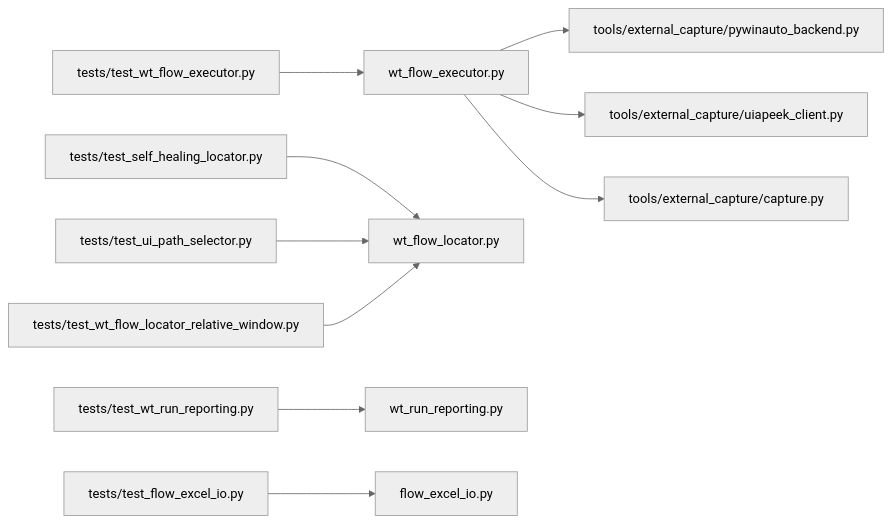
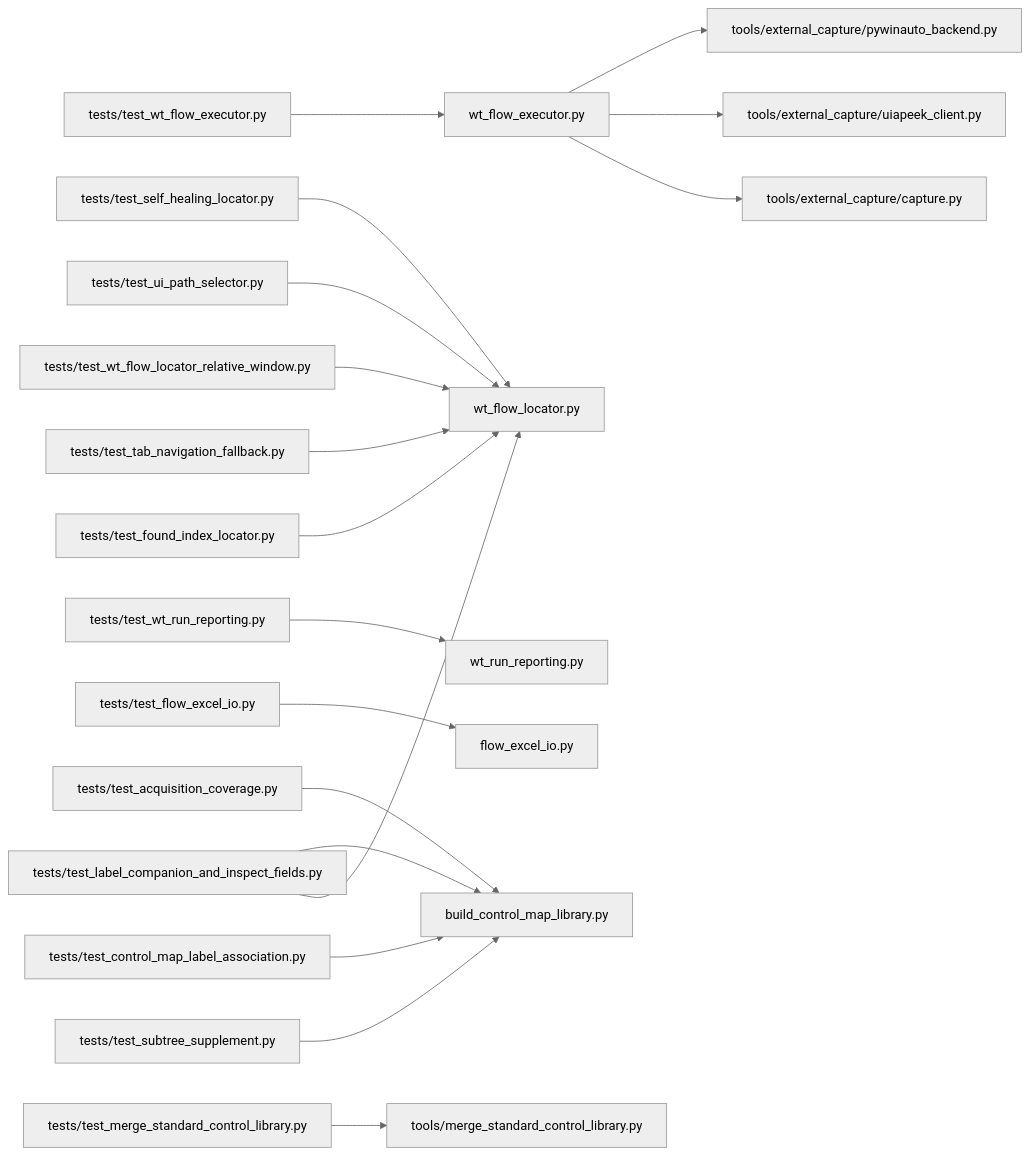
Before and after one commit to hanago33/WT_Automation: the third of 3 diagrams in .qoder/repowiki/zh/content/开发指南/测试编写指南/测试编写指南.md, drawn with Mermaid (neutral theme). The commit also changed other lines of this file and 247 other files, not shown here.

````diff
--- a/.qoder/repowiki/zh/content/开发指南/测试编写指南/测试编写指南.md
+++ b/.qoder/repowiki/zh/content/开发指南/测试编写指南/测试编写指南.md
@@ -338,12 +491,20 @@
 ```mermaid
 graph LR
 A["tests/test_wt_flow_executor.py"] --> B["wt_flow_executor.py"]
 C["tests/test_self_healing_locator.py"] --> D["wt_flow_locator.py"]
 E["tests/test_ui_path_selector.py"] --> D
 F["tests/test_wt_flow_locator_relative_window.py"] --> D
 G["tests/test_wt_run_reporting.py"] --> H["wt_run_reporting.py"]
 I["tests/test_flow_excel_io.py"] --> J["flow_excel_io.py"]
-B --> K["tools/external_capture/pywinauto_backend.py"]
-B --> L["tools/external_capture/uiapeek_client.py"]
-B --> M["tools/external_capture/capture.py"]
+K["tests/test_acquisition_coverage.py"] --> K2["build_control_map_library.py"]
+L["tests/test_control_map_label_association.py"] --> K2
+M["tests/test_merge_standard_control_library.py"] --> N["tools/merge_standard_control_library.py"]
+O["tests/test_subtree_supplement.py"] --> K2
+P["tests/test_tab_navigation_fallback.py"] --> D
+Q["tests/test_found_index_locator.py"] --> D
+R["tests/test_label_companion_and_inspect_fields.py"] --> K2
+R --> D
+B --> S["tools/external_capture/pywinauto_backend.py"]
+B --> T["tools/external_capture/uiapeek_client.py"]
+B --> U["tools/external_capture/capture.py"]
 ```
````
